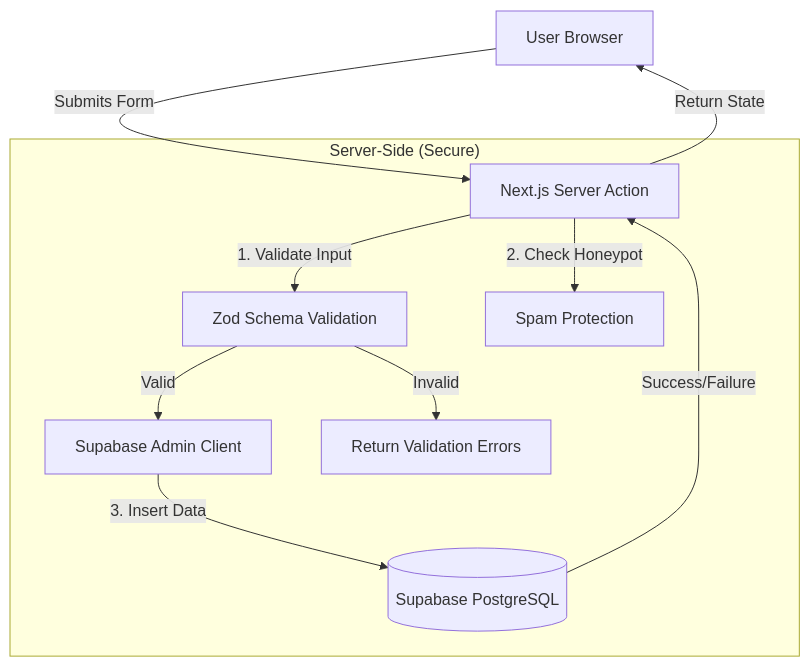
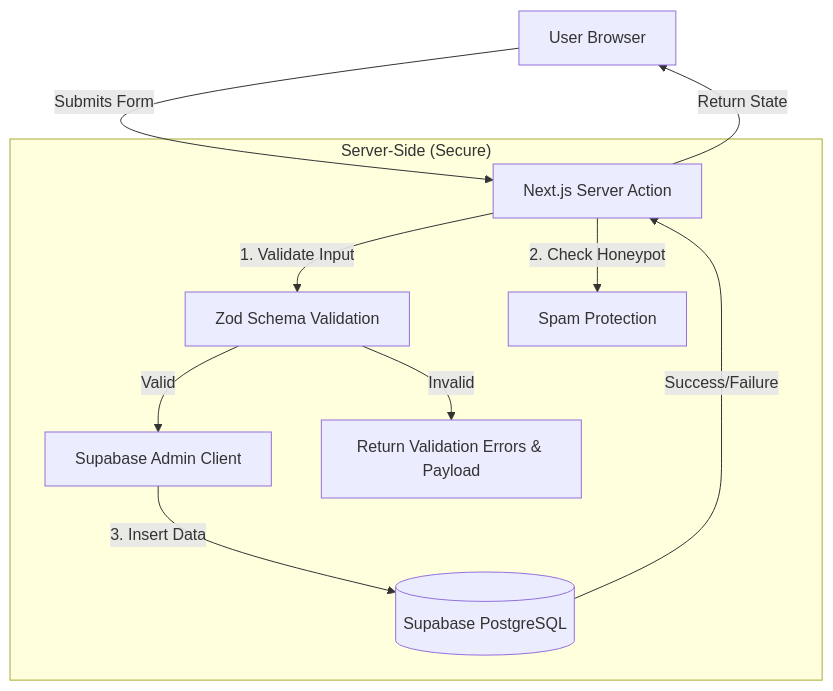
Before and after one commit to watto-admin/watto: the first of 2 diagrams in docs/CONTACT_FORM_IMPLEMENTATION.md, drawn with Mermaid. The commit also changed other lines of this file and 5 other files, not shown here.

Commit message:
feat: streamline contact form to a unified submission process; update validation and schema

````diff
--- a/docs/CONTACT_FORM_IMPLEMENTATION.md
+++ b/docs/CONTACT_FORM_IMPLEMENTATION.md
@@ -18,17 +15,17 @@
 ```mermaid
 graph TD
     User[User Browser] -->|Submits Form| NextServer[Next.js Server Action]
     
     subgraph "Server-Side (Secure)"
         NextServer -->|1. Validate Input| Zod[Zod Schema Validation]
         NextServer -->|2. Check Honeypot| SpamGuard[Spam Protection]
         
         Zod -->|Valid| SupabaseClient[Supabase Admin Client]
-        Zod -->|Invalid| ErrorResponse[Return Validation Errors]
+        Zod -->|Invalid| ErrorResponse[Return Validation Errors & Payload]
         
         SupabaseClient -->|3. Insert Data| Postgres[(Supabase PostgreSQL)]
     end
     
     Postgres -->|Success/Failure| NextServer
     NextServer -->|Return State| User
 ```
````
